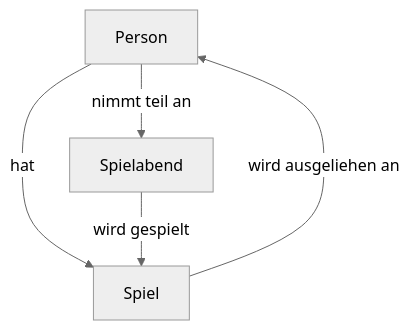
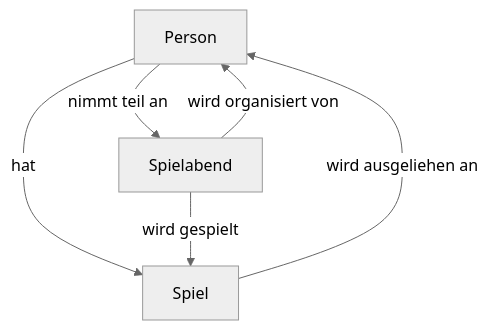
Before and after one commit to spielsteinar/spielstein.ch: the diagram in docs/club/idee/index.md, drawn with Mermaid (neutral theme).

Commit message:
Aktualisieren von index.md

````diff
--- a/docs/club/idee/index.md
+++ b/docs/club/idee/index.md
@@ -7,8 +7,9 @@
 ``` mermaid
 graph TD
     Person --->|hat|Spiel
     Event["Spielabend"]
     Person -->|nimmt teil an|Event
     Event -->|wird gespielt|Spiel
     Spiel -->|wird ausgeliehen an|Person
+    Event -->|wird organisiert von|Person
 ```
````
